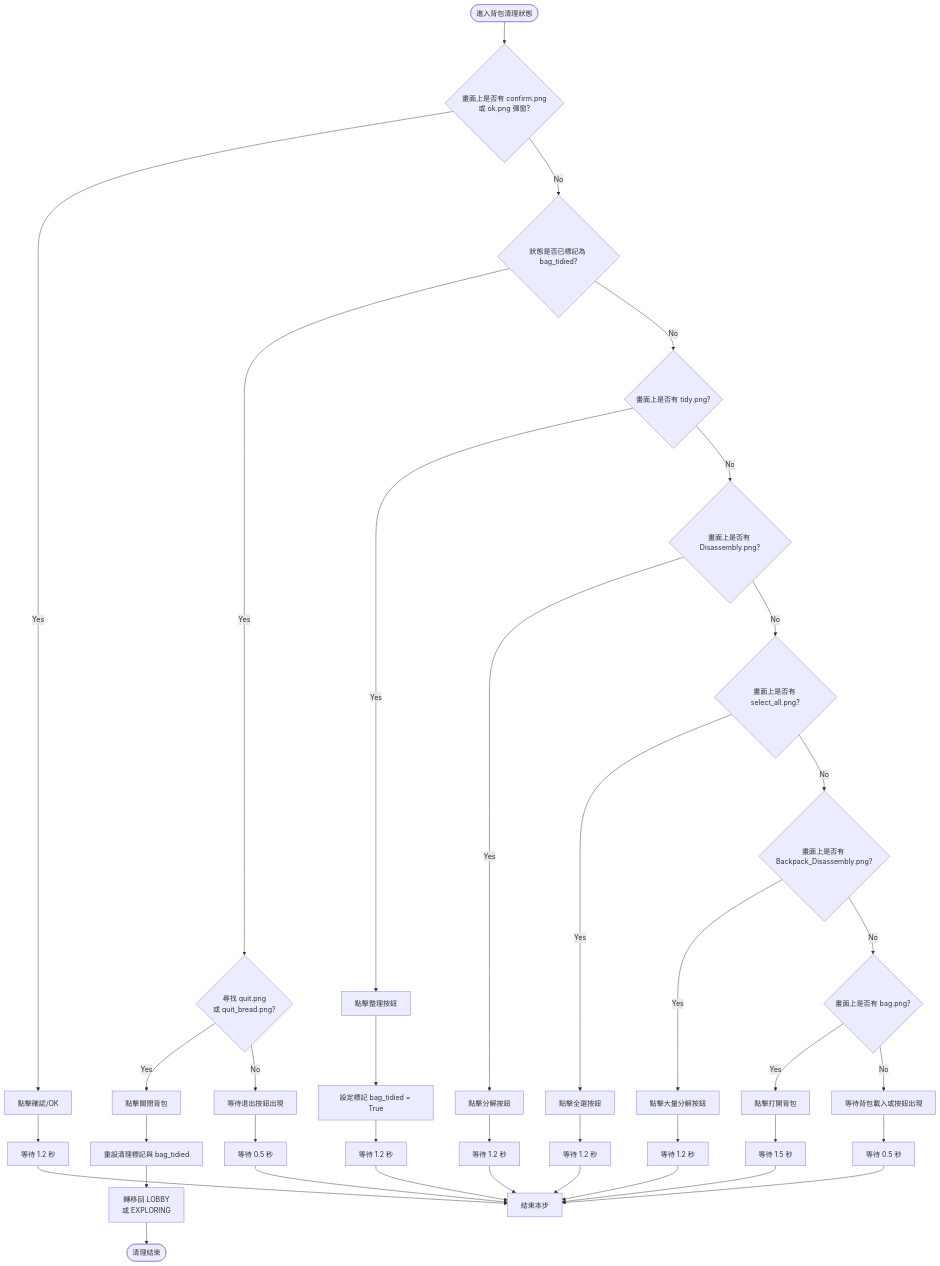
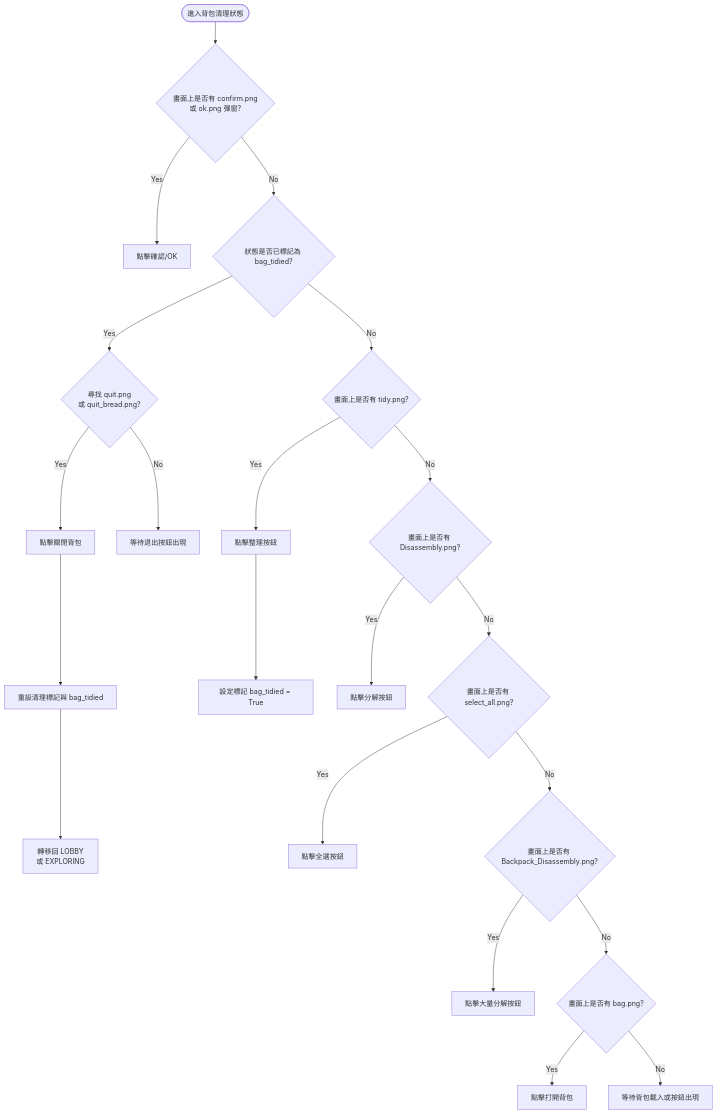
The fourth of 4 diagrams in docs/dungeon_flow.md (alu98753/Blackfire-CV-Autopilot), drawn with Mermaid before and after one commit. The commit also changed other lines of this file and 2 other files, not shown here.

````diff
--- a/docs/dungeon_flow.md
+++ b/docs/dungeon_flow.md
@@ -99,27 +133,27 @@
 ```mermaid
 graph TD
     StartClean([進入背包清理狀態]) --> CheckDialog{畫面上是否有 confirm.png<br>或 ok.png 彈窗?}
     
-    CheckDialog -- Yes --> ClickDialog[點擊確認/OK] --> Sleep1[等待 1.2 秒] --> EndStep[結束本步]
+    CheckDialog -- Yes --> ClickDialog[點擊確認/OK]
     CheckDialog -- No --> CheckTidied{狀態是否已標記為 bag_tidied?}
     
     CheckTidied -- Yes --> FindQuit{尋找 quit.png<br>或 quit_bread.png?}
-    FindQuit -- Yes --> ClickQuit[點擊關閉背包] --> ResetFlags[重設清理標記與 bag_tidied] --> TransBack[轉移回 LOBBY<br>或 EXPLORING] --> Done([清理結束])
-    FindQuit -- No --> WaitQuit[等待退出按鈕出現] --> SleepQuit[等待 0.5 秒] --> EndStep
+    FindQuit -- Yes --> ClickQuit[點擊關閉背包] --> ResetFlags[重設清理標記與 bag_tidied] --> TransBack[轉移回 LOBBY<br>或 EXPLORING]
+    FindQuit -- No --> WaitQuit[等待退出按鈕出現]
     
     CheckTidied -- No --> CheckTidy{畫面上是否有 tidy.png?}
-    CheckTidy -- Yes --> ClickTidy[點擊整理按鈕] --> MarkTidied[設定標記 bag_tidied = True] --> SleepTidy[等待 1.2 秒] --> EndStep
+    CheckTidy -- Yes --> ClickTidy[點擊整理按鈕] --> MarkTidied[設定標記 bag_tidied = True]
     CheckTidy -- No --> CheckDis{畫面上是否有 Disassembly.png?}
     
-    CheckDis -- Yes --> ClickDis[點擊分解按鈕] --> SleepDis[等待 1.2 秒] --> EndStep
+    CheckDis -- Yes --> ClickDis[點擊分解按鈕]
     CheckDis -- No --> CheckSelect{畫面上是否有 select_all.png?}
     
-    CheckSelect -- Yes --> ClickSelect[點擊全選按鈕] --> SleepSelect[等待 1.2 秒] --> EndStep
+    CheckSelect -- Yes --> ClickSelect[點擊全選按鈕]
     CheckSelect -- No --> CheckMass{畫面上是否有 Backpack_Disassembly.png?}
     
-    CheckMass -- Yes --> ClickMass[點擊大量分解按鈕] --> SleepMass[等待 1.2 秒] --> EndStep
+    CheckMass -- Yes --> ClickMass[點擊大量分解按鈕]
     CheckMass -- No --> CheckBag{畫面上是否有 bag.png?}
     
-    CheckBag -- Yes --> ClickBag[點擊打開背包] --> SleepBag[等待 1.5 秒] --> EndStep
-    CheckBag -- No --> WaitBag[等待背包載入或按鈕出現] --> SleepWait[等待 0.5 秒] --> EndStep
+    CheckBag -- Yes --> ClickBag[點擊打開背包]
+    CheckBag -- No --> WaitBag[等待背包載入或按鈕出現]
 ```
````
